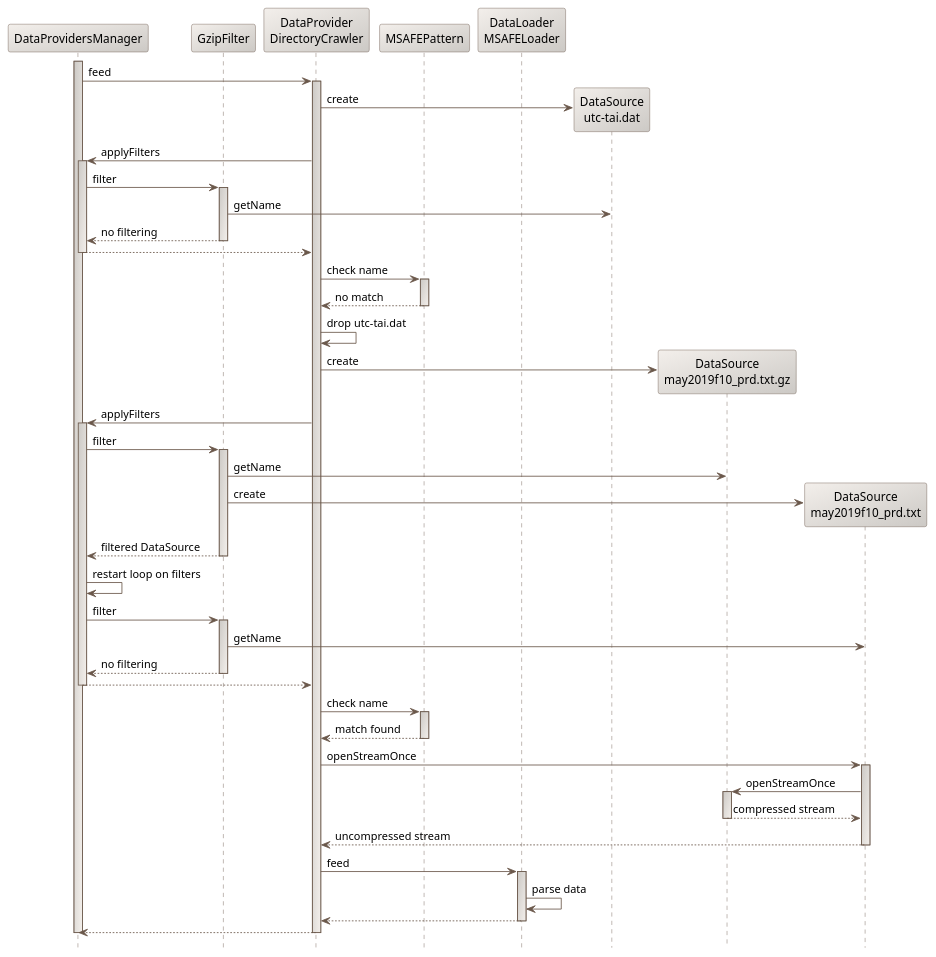
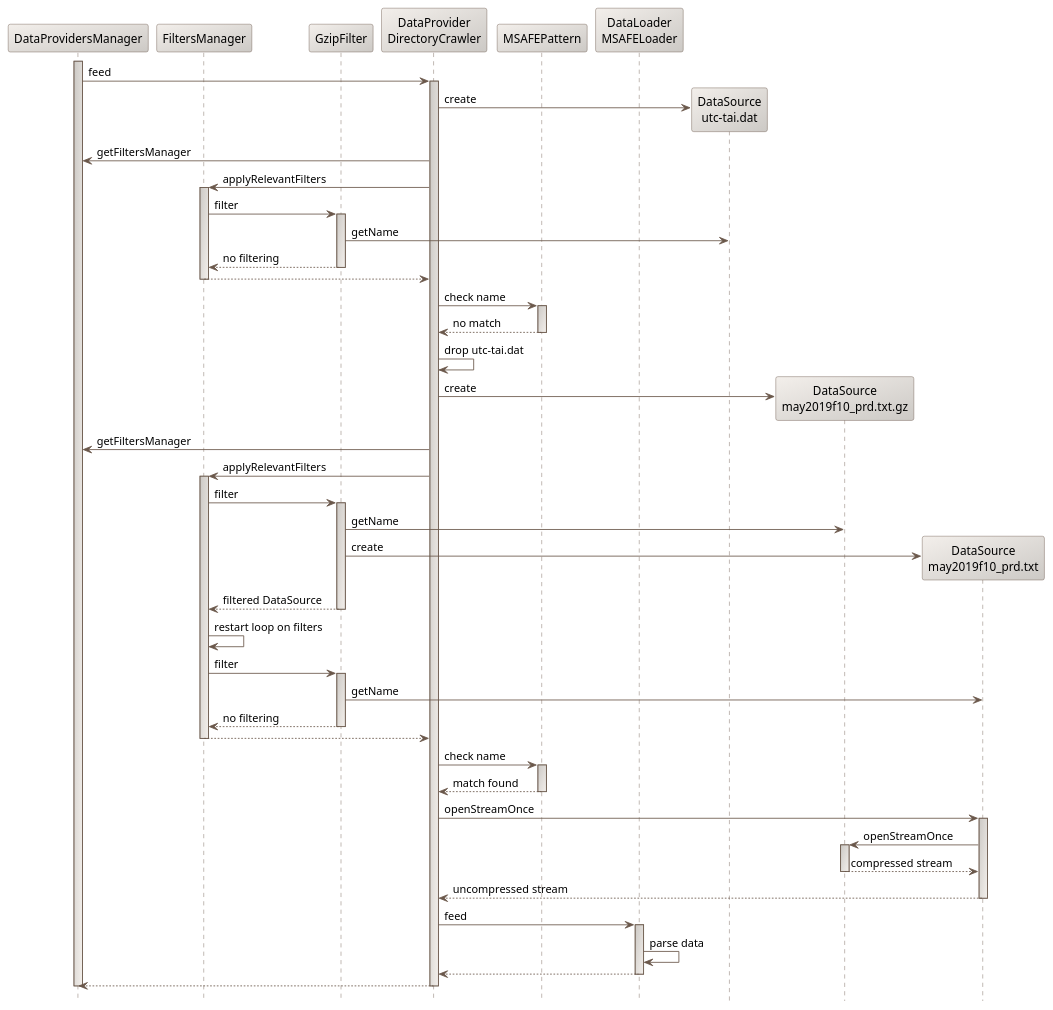
One commit to CS-SI/Orekit changed the diagram in src/design/data-filtering-sequence-diagram.puml. Above: the diagram before and after it, drawn with PlantUML. The commit also changed 17 other files, not shown here.

```diff
--- a/src/design/data-filtering-sequence-diagram.puml
+++ b/src/design/data-filtering-sequence-diagram.puml
@@ -17,86 +17,89 @@
 @startuml
 
   skinparam svek                                true
   skinparam NoteBackgroundColor                 #F3EFEB
   skinparam NoteBorderColor                     #691616
   skinparam NoteFontColor                       #691616
   skinparam SequenceActorBorderColor            #6A584B
   skinparam SequenceParticipantBackgroundColor  #F3EFEB/CCC9C5
   skinparam SequenceParticipantBorderColor      #6A584B
   skinparam SequenceLifeLineBackgroundColor     #CCC9C5/F3EFEB
   skinparam SequenceLifeLineBorderColor         #6A584B
   skinparam SequenceArrowColor                  #6A584B
   skinparam SequenceBorderColor                 #6A584B
   skinparam SequenceFontSize                    11
 
   hide footbox
 
   participant DataProvidersManager
+  participant FiltersManager
   participant GzipFilter
   participant "DataProvider\nDirectoryCrawler" as DirectoryCrawler
   participant MSAFEPattern
   participant "DataLoader\nMSAFELoader" as MSAFELoader
   participant "DataSource\nutc-tai.dat" as DataSource1
   participant "DataSource\nmay2019f10_prd.txt.gz" as DataSource2
   participant "DataSource\nmay2019f10_prd.txt" as DataSource3
 
   activate DataProvidersManager
     DataProvidersManager -> DirectoryCrawler : feed
     activate DirectoryCrawler
       create DataSource1
-      DirectoryCrawler                    ->           DataSource1 : create
-      DirectoryCrawler                    ->         DataProvidersManager : applyFilters
-      activate DataProvidersManager
-        DataProvidersManager  -> GzipFilter : filter
+      DirectoryCrawler                    ->         DataSource1 : create
+      DirectoryCrawler                    ->         DataProvidersManager : getFiltersManager
+      DirectoryCrawler                    ->         FiltersManager : applyRelevantFilters
+      activate FiltersManager
+        FiltersManager  -> GzipFilter : filter
         activate GzipFilter
           GzipFilter -> DataSource1 : getName
           return no filtering
         deactivate GzipFilter
-        DataProvidersManager                    -->         DirectoryCrawler
-      deactivate DataProvidersManager
+        FiltersManager                    -->         DirectoryCrawler
+      deactivate FiltersManager
       DirectoryCrawler -> MSAFEPattern : check name
       activate MSAFEPattern
         MSAFEPattern --> DirectoryCrawler : no match
       deactivate MSAFEPattern
       DirectoryCrawler -> DirectoryCrawler : drop utc-tai.dat
       create DataSource2
-      DirectoryCrawler                    ->           DataSource2 : create
-      DirectoryCrawler                    ->         DataProvidersManager : applyFilters
-      activate DataProvidersManager
-        DataProvidersManager  -> GzipFilter : filter
+      DirectoryCrawler                    ->         DataSource2 : create
+      DirectoryCrawler                    ->         DataProvidersManager : getFiltersManager
+      DirectoryCrawler                    ->         FiltersManager : applyRelevantFilters
+      activate FiltersManager
+        FiltersManager  -> GzipFilter : filter
         activate GzipFilter
           GzipFilter -> DataSource2 : getName
           create DataSource3
            GzipFilter -> DataSource3 : create
           return filtered DataSource
         deactivate GzipFilter
-        DataProvidersManager -> DataProvidersManager : restart loop on filters
-        DataProvidersManager  -> GzipFilter : filter
+        FiltersManager -> FiltersManager : restart loop on filters
+        FiltersManager  -> GzipFilter : filter
         activate GzipFilter
           GzipFilter -> DataSource3 : getName
           return no filtering
         deactivate GzipFilter
-        DataProvidersManager                    -->         DirectoryCrawler
-      deactivate DataProvidersManager
+        FiltersManager                    -->         DirectoryCrawler
+      deactivate FiltersManager
       DirectoryCrawler -> MSAFEPattern : check name
       activate MSAFEPattern
         MSAFEPattern --> DirectoryCrawler : match found
       deactivate MSAFEPattern
       DirectoryCrawler -> DataSource3 : openStreamOnce
       activate DataSource3
         DataSource3 -> DataSource2 : openStreamOnce
         activate DataSource2
           DataSource2 --> DataSource3 : compressed stream
         deactivate DataSource2
           DataSource3 --> DirectoryCrawler : uncompressed stream
       deactivate DataSource3
       DirectoryCrawler -> MSAFELoader : feed
       activate MSAFELoader
         MSAFELoader -> MSAFELoader : parse data
         MSAFELoader --> DirectoryCrawler
       deactivate MSAFELoader
       DirectoryCrawler --> DataProvidersManager
     deactivate DirectoryCrawler
   deactivate DataProvidersManager
 
 @enduml
```
